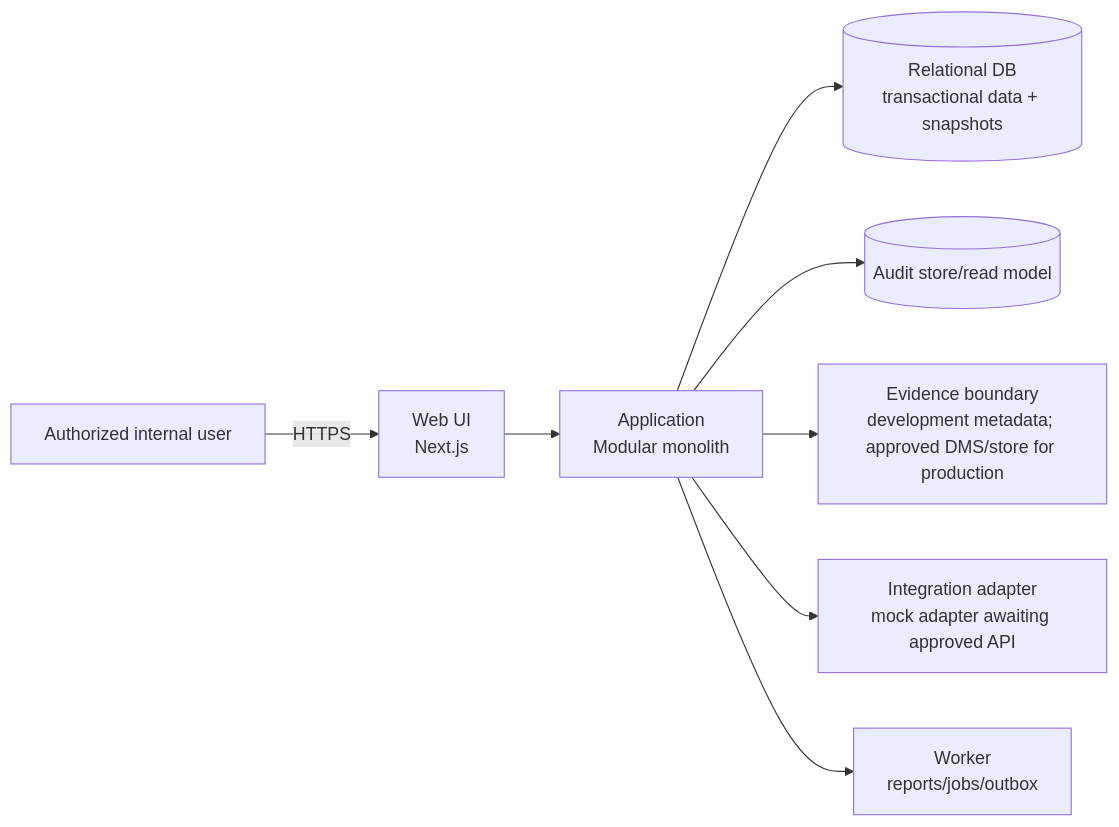
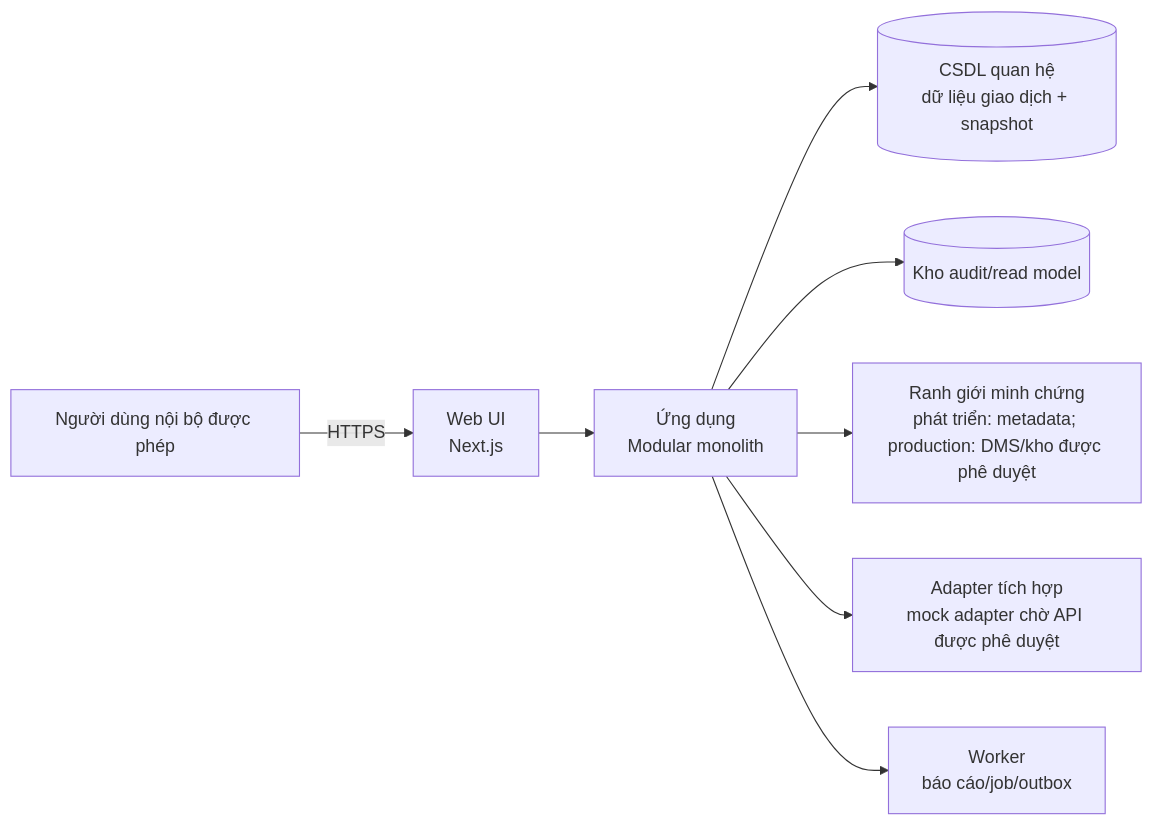
One commit to chotr/BTCTU changed the second of 2 diagrams in docs/04-system-design/context.md. Above: the diagram before and after it, drawn with Mermaid. The commit also changed other lines of this file and 48 other files, not shown here.

````diff
--- a/docs/04-system-design/context.md
+++ b/docs/04-system-design/context.md
@@ -25,19 +25,19 @@
 ```mermaid
 flowchart LR
-  U["Authorized internal user"]
+  U["Người dùng nội bộ được phép"]
   WEB["Web UI\nNext.js"]
-  API["Application\nModular monolith"]
-  WORKER["Worker\nreports/jobs/outbox"]
-  DB[("Relational DB\ntransactional data + snapshots")]
-  AUD[("Audit store/read model")]
-  EVID["Evidence boundary\ndevelopment metadata; approved DMS/store for production"]
-  CONN["Integration adapter\nmock adapter awaiting approved API"]
+  API["Ứng dụng\nModular monolith"]
+  WORKER["Worker\nbáo cáo/job/outbox"]
+  DB[("CSDL quan hệ\ndữ liệu giao dịch + snapshot")]
+  AUD[("Kho audit/read model")]
+  EVID["Ranh giới minh chứng\nphát triển: metadata; production: DMS/kho được phê duyệt"]
+  CONN["Adapter tích hợp\nmock adapter chờ API được phê duyệt"]
 
   U -->|"HTTPS"| WEB
   WEB --> API
   API --> DB
   API --> AUD
   API --> EVID
   API --> CONN
   API --> WORKER
 ```
````
